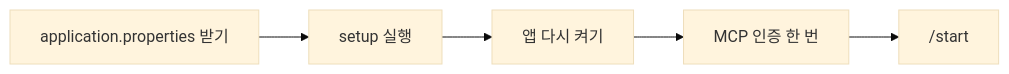
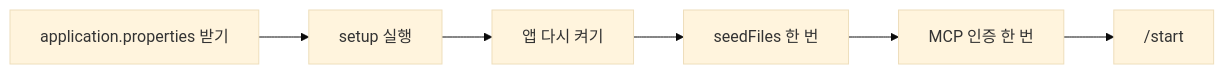
One commit to Jung-aejin/nyangmeong-backend changed the first of 4 diagrams in README.md. Above: the diagram before and after it, drawn with Mermaid (base theme). The commit also changed other lines of this file and 74 other files, not shown here.

````diff
--- a/README.md
+++ b/README.md
@@ -10,4 +10,4 @@
 ```mermaid
 flowchart LR
-  E[application.properties 받기] --> A[setup 실행] --> B[앱 다시 켜기] --> C[MCP 인증 한 번] --> D["/start"]
+  E[application.properties 받기] --> A[setup 실행] --> B[앱 다시 켜기] --> F[seedFiles 한 번] --> C[MCP 인증 한 번] --> D["/start"]
 ```
````
